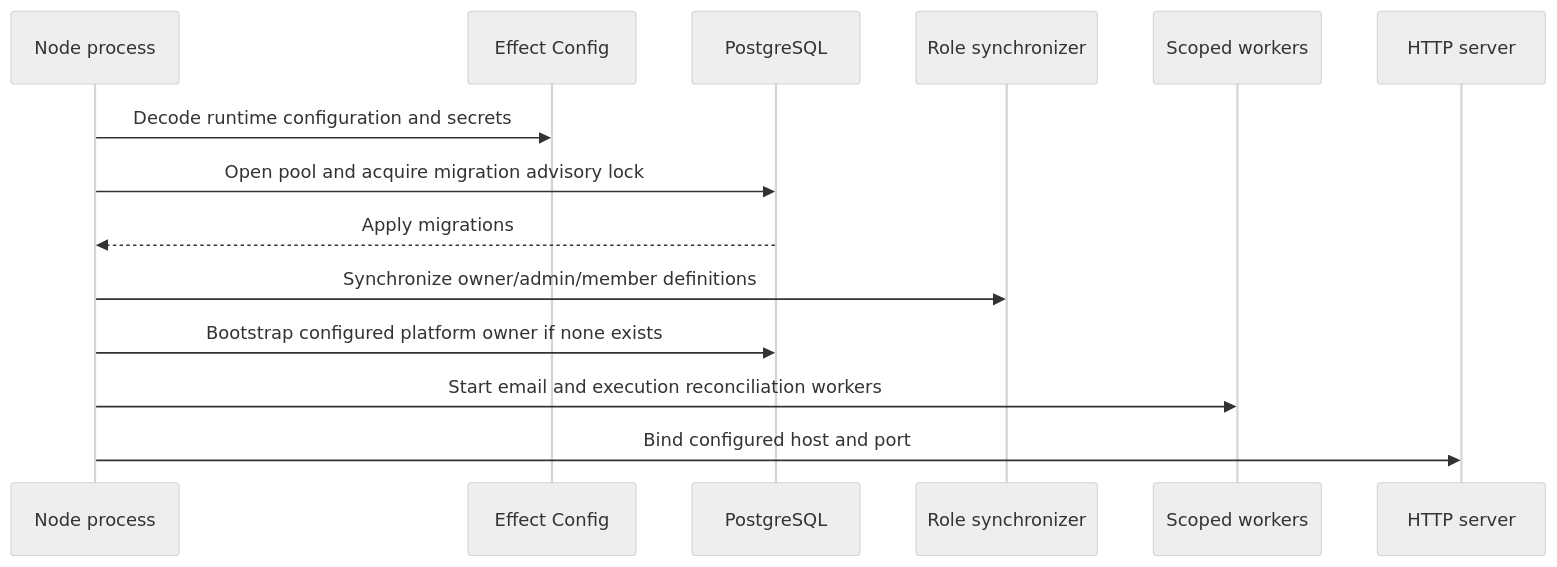
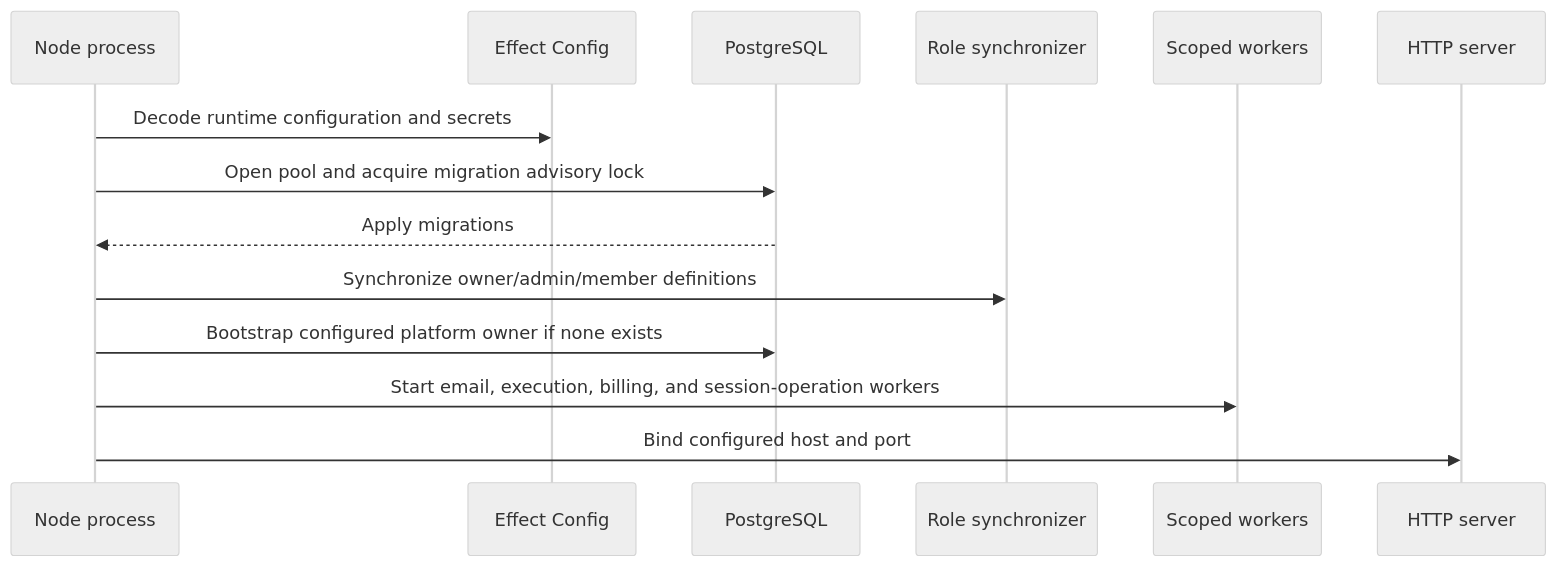
The diagram in architecture/platform/runtime.md (thenamespace/namera), drawn with Mermaid (neutral theme) before and after one commit. The commit also changed other lines of this file and 63 other files, not shown here.

Commit message:
docs: align architecture with current runtime

````diff
--- a/architecture/platform/runtime.md
+++ b/architecture/platform/runtime.md
@@ -9,17 +9,17 @@
 ```mermaid
 sequenceDiagram
   participant Process as Node process
   participant Config as Effect Config
   participant DB as PostgreSQL
   participant Roles as Role synchronizer
   participant Workers as Scoped workers
   participant HTTP as HTTP server
 
   Process->>Config: Decode runtime configuration and secrets
   Process->>DB: Open pool and acquire migration advisory lock
   DB-->>Process: Apply migrations
   Process->>Roles: Synchronize owner/admin/member definitions
   Process->>DB: Bootstrap configured platform owner if none exists
-  Process->>Workers: Start email and execution reconciliation workers
+  Process->>Workers: Start email, execution, billing, and session-operation workers
   Process->>HTTP: Bind configured host and port
 ```
````
